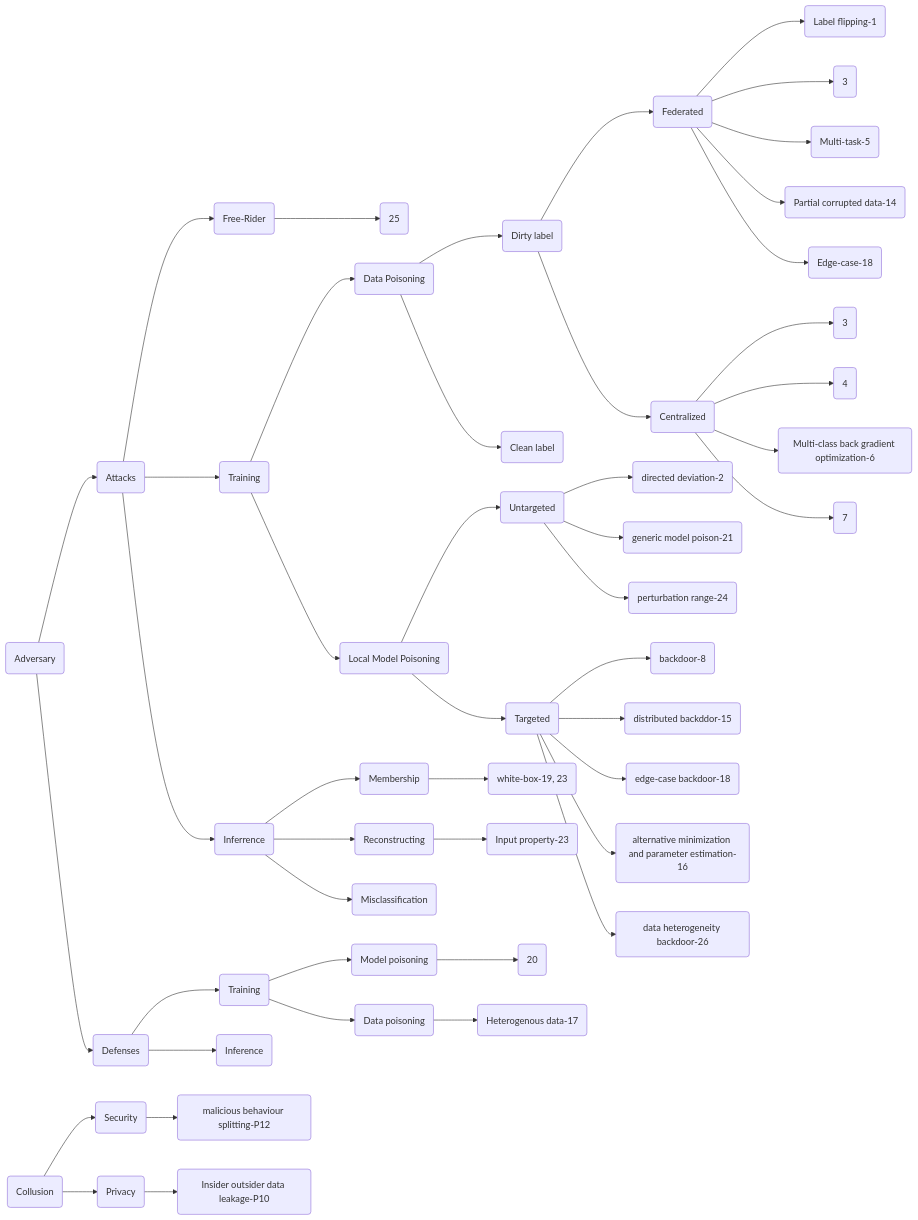
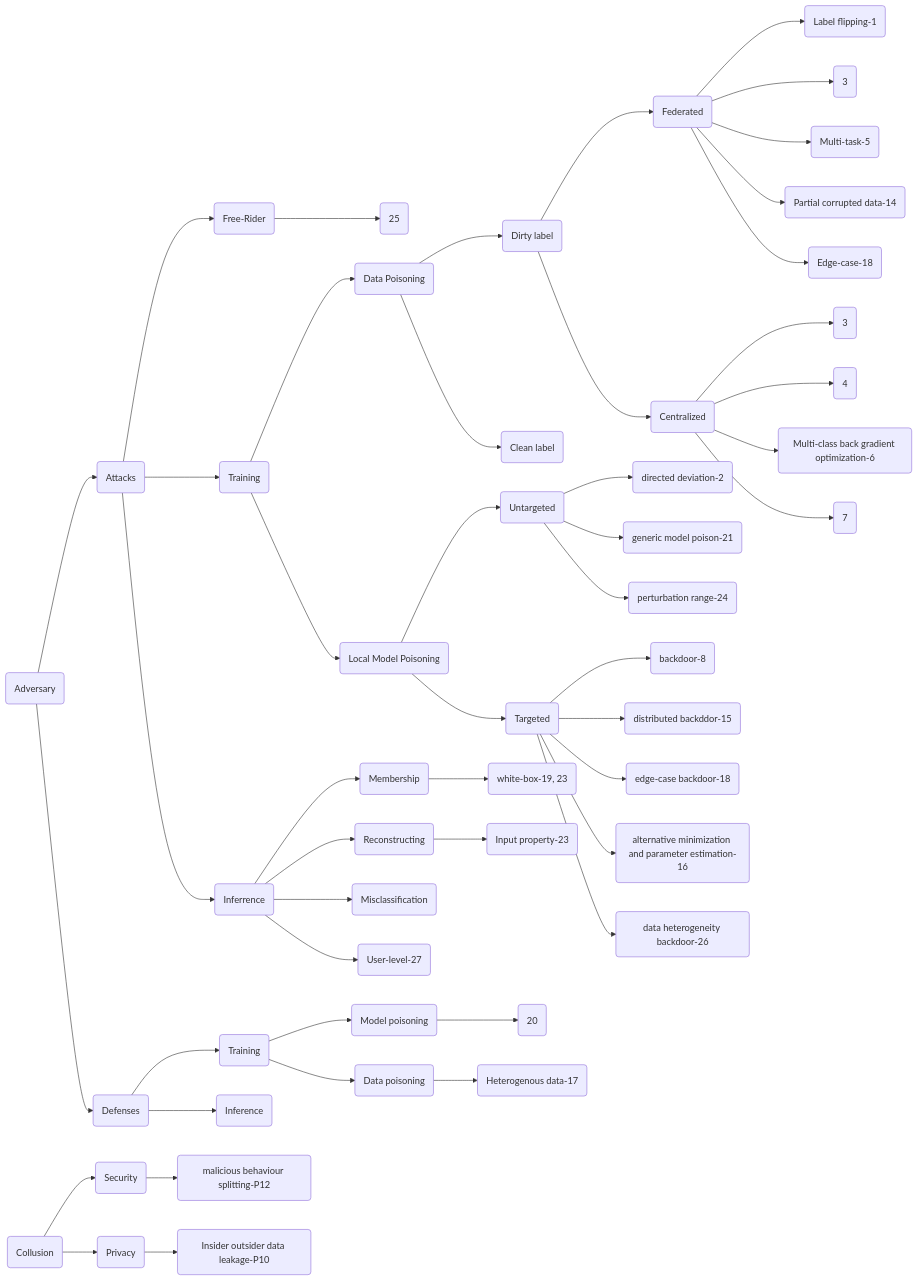
Before and after one commit to GillHuang-Xtler/flPapers: the diagram in poison.md, drawn with Mermaid. The commit also changed 3 other files, not shown here.

````diff
--- a/poison.md
+++ b/poison.md
@@ -227,51 +227,52 @@
 ```mermaid
 graph LR
 Z(Adversary)-->Z1(Attacks)
 Z-->Z2(Defenses)
 Z1-->A1(Training)
 Z1-->A2(Inferrence)
 Z1-->A3(Free-Rider)
 A3-->B6(25)
 A1-->B1(Data Poisoning)
 B1-->M1(Dirty label)
 B1-->M2(Clean label)
 A1-->B2(Local Model Poisoning)
 M1-->C1(Federated)
 M1-->C2(Centralized)
 B2-->N1(Targeted)
 B2-->N2(Untargeted)
 N2-->D1(directed deviation-2)
 N2-->D3(generic model poison-21)
 N2-->D7(perturbation range-24)
 N1-->D2(backdoor-8)
 N1-->D4(distributed backddor-15)
 N1-->D6(edge-case backdoor-18)
 N1-->D5(alternative minimization and parameter estimation-16)
 N1-->D8(data heterogeneity backdoor-26)
 C1-->G1(Label flipping-1)
 C1-->G2(3)
 C1-->G3(Multi-task-5)
 C1-->G4(Partial corrupted data-14)
 C1-->G5(Edge-case-18)
 C2-->H1(3)
 C2-->H2(4)
 C2-->H3(Multi-class back gradient optimization-6)
 C2-->H4(7)
 A2-->B3(Membership)
 B3-->I1(white-box-19, 23)
 A2-->B4(Reconstructing)
 B4-->I2(Input property-23)
 A2-->B5(Misclassification)
+A2-->B7(User-level-27)
 Z2-->B11(Training)
 Z2-->B12(Inference)
 B11-->C11(Model poisoning)
 B11-->C12(Data poisoning)
 C11-->D11(20)
 C12-->D12(Heterogenous data-17)
 
 O(Collusion) -->Q1(Security)
 Q1-->P1(malicious behaviour splitting-P12)
 O(Collusion) -->Q2(Privacy)
 Q2-->P2(Insider outsider data leakage-P10)
 
 ```
````
